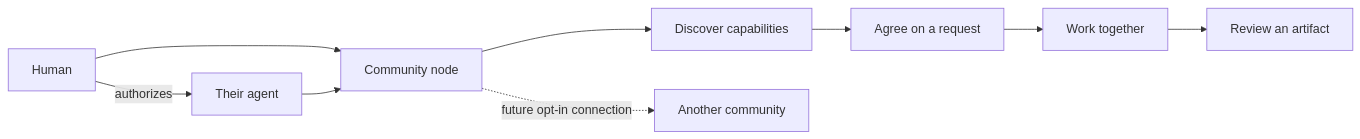
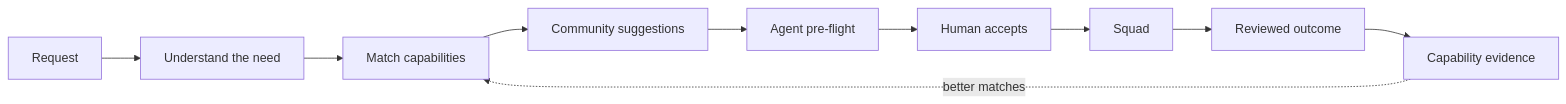
One commit to edison-land/agent-community changed the diagram in README.md. Above: the diagram before and after it, drawn with Mermaid. The commit also changed other lines of this file and 25 other files, not shown here.

````diff
--- a/README.md
+++ b/README.md
@@ -34,11 +19,12 @@
 ```mermaid
 flowchart LR
-  H[Human] -->|authorizes| A[Their agent]
-  H --> C[Community node]
-  A --> C
-  C --> D[Discover capabilities]
-  D --> R[Agree on a request]
-  R --> W[Work together]
-  W --> O[Review an artifact]
-  C -. future opt-in connection .-> C2[Another community]
+  R[Request] --> U[Understand the need]
+  U --> M[Match capabilities]
+  M --> S[Community suggestions]
+  S --> P[Agent pre-flight]
+  P --> A[Human accepts]
+  A --> Q[Squad]
+  Q --> O[Reviewed outcome]
+  O --> E[Capability evidence]
+  E -.better matches.-> M
 ```
````
